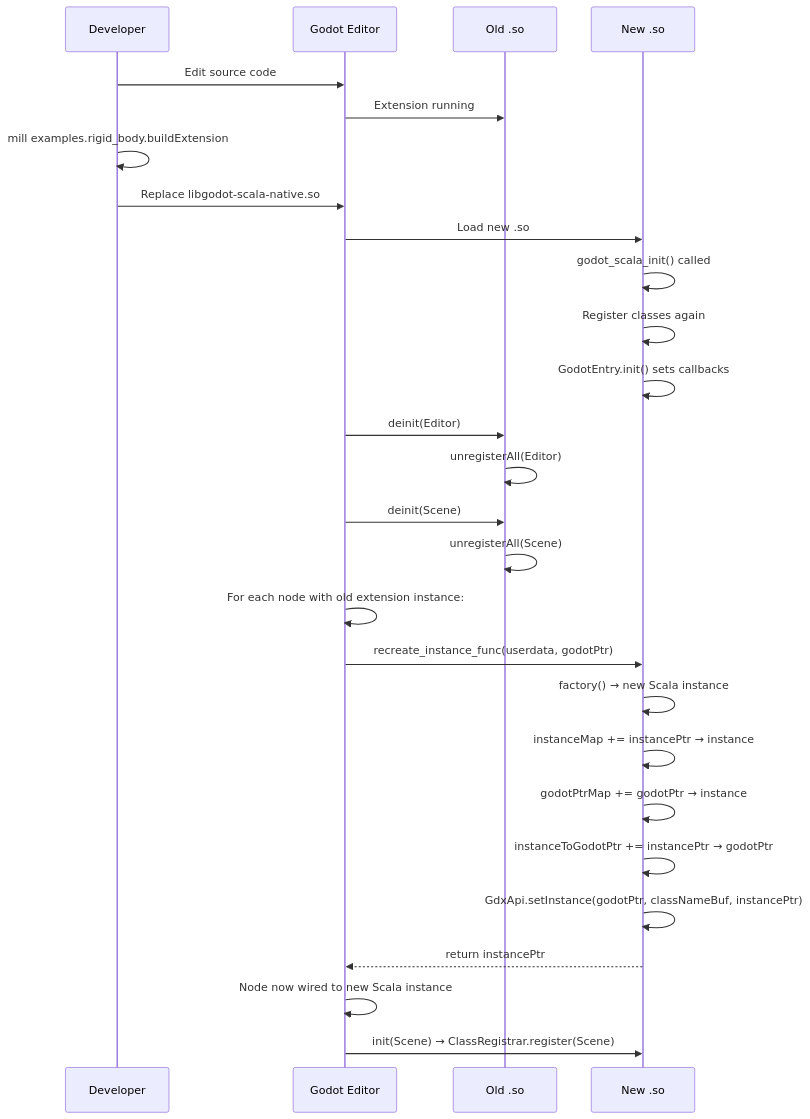
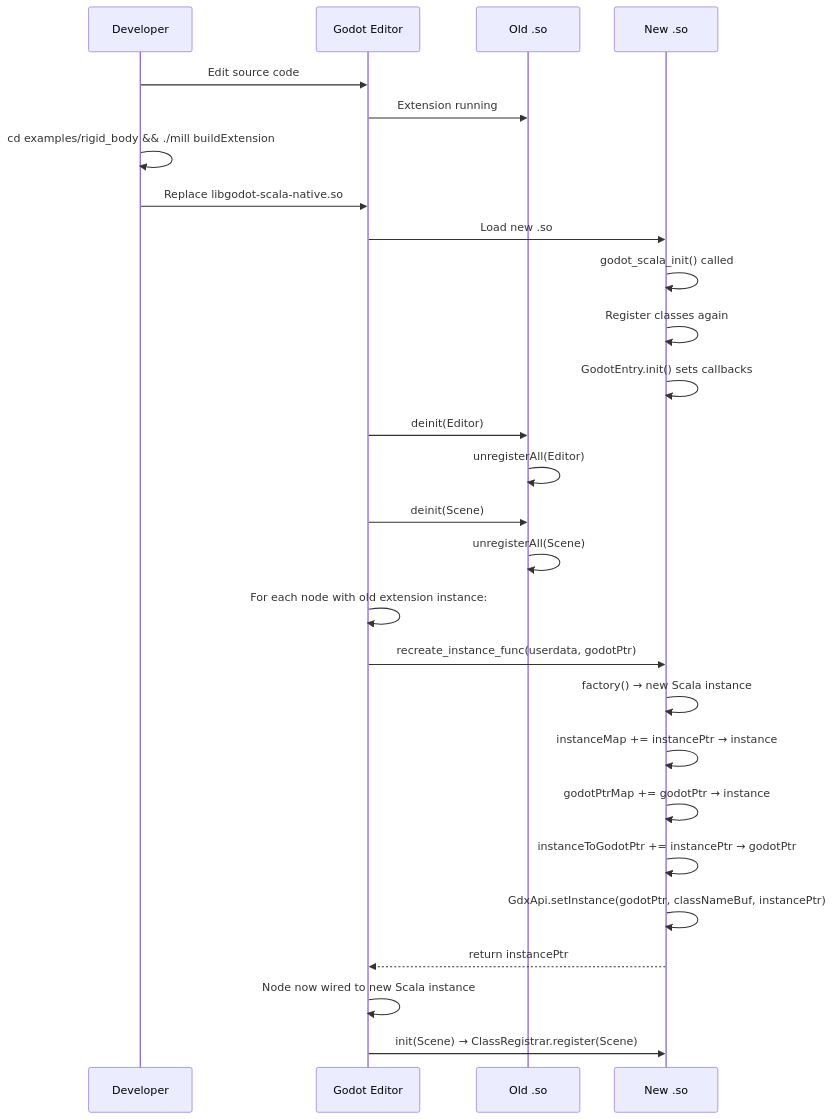
One commit to julian-avar/gdext-sc-native changed the first of 4 diagrams in docs/08-hot-reload.md. Above: the diagram before and after it, drawn with Mermaid. The commit also changed other lines of this file and 53 other files, not shown here.

````diff
--- a/docs/08-hot-reload.md
+++ b/docs/08-hot-reload.md
@@ -9,30 +9,30 @@
 ```mermaid
 sequenceDiagram
     participant Dev as Developer
     participant Godot as Godot Editor
     participant Old as Old .so
     participant New as New .so
 
     Dev->>Godot: Edit source code
     Godot->>Old: Extension running
-    Dev->>Dev: mill examples.rigid_body.buildExtension
+    Dev->>Dev: cd examples/rigid_body && ./mill buildExtension
     Dev->>Godot: Replace libgodot-scala-native.so
     Godot->>New: Load new .so
     New->>New: godot_scala_init() called
     New->>New: Register classes again
     New->>New: GodotEntry.init() sets callbacks
     Godot->>Old: deinit(Editor)
     Old->>Old: unregisterAll(Editor)
     Godot->>Old: deinit(Scene)
     Old->>Old: unregisterAll(Scene)
     Godot->>Godot: For each node with old extension instance:
     Godot->>New: recreate_instance_func(userdata, godotPtr)
     New->>New: factory() → new Scala instance
     New->>New: instanceMap += instancePtr → instance
     New->>New: godotPtrMap += godotPtr → instance
     New->>New: instanceToGodotPtr += instancePtr → godotPtr
     New->>New: GdxApi.setInstance(godotPtr, classNameBuf, instancePtr)
     New-->>Godot: return instancePtr
     Godot->>Godot: Node now wired to new Scala instance
     Godot->>New: init(Scene) → ClassRegistrar.register(Scene)
 ```
````
